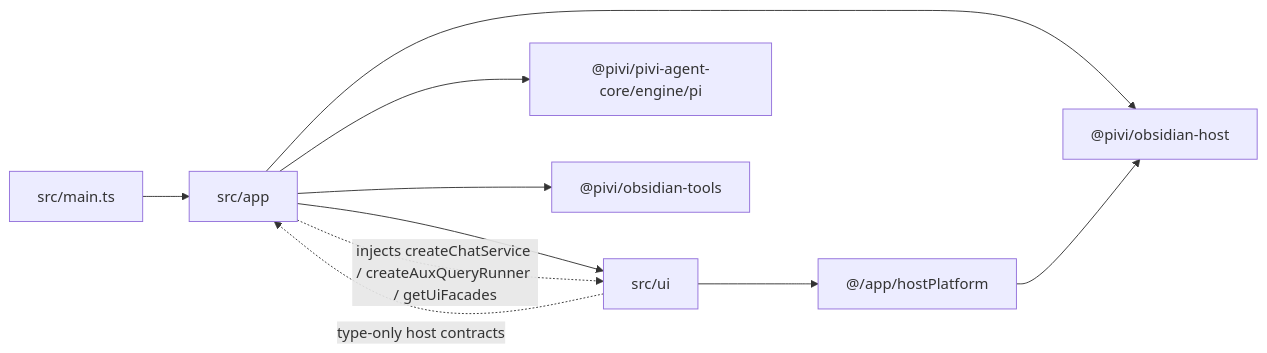
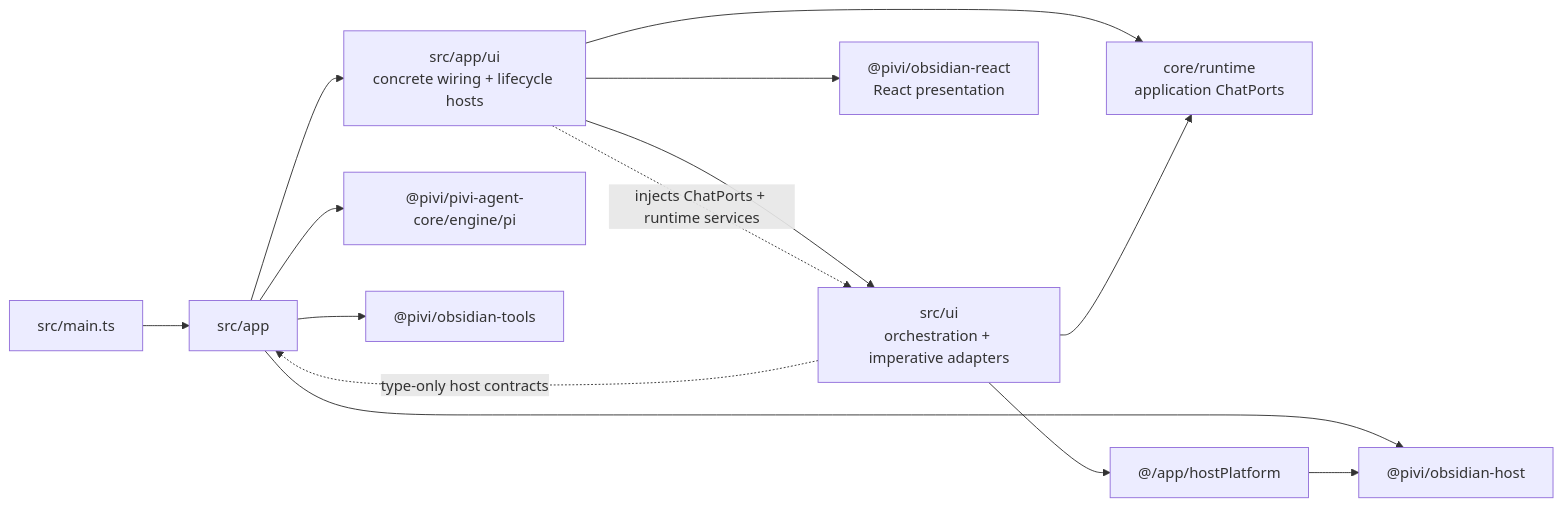
Before and after one commit to shuuul/obsidian-pivi: the diagram in src/app/AGENTS.md, drawn with Mermaid. The commit also changed other lines of this file and 335 other files, not shown here.

First line of the commit message:
refactor(architecture): enforce package and UI boundaries

````diff
--- a/src/app/AGENTS.md
+++ b/src/app/AGENTS.md
@@ -11,12 +11,16 @@
 ```mermaid
 flowchart LR
   Main["src/main.ts"] --> App["src/app"]
-  App --> UI["src/ui"]
+  App --> AppUI["src/app/ui<br/>concrete wiring + lifecycle hosts"]
+  AppUI --> UI["src/ui<br/>orchestration + imperative adapters"]
+  AppUI --> ReactUI["@pivi/obsidian-react<br/>React presentation"]
+  AppUI --> Runtime["core/runtime<br/>application ChatPorts"]
   App --> Host["@pivi/obsidian-host"]
   App --> Engine["@pivi/pivi-agent-core/engine/pi"]
   App --> Tools["@pivi/obsidian-tools"]
   UI -. "type-only host contracts" .-> App
-  App -. "injects createChatService / createAuxQueryRunner / getUiFacades" .-> UI
+  AppUI -. "injects ChatPorts + runtime services" .-> UI
+  UI --> Runtime
   UI --> Platform["@/app/hostPlatform"]
   Platform --> Host
 ```
````
